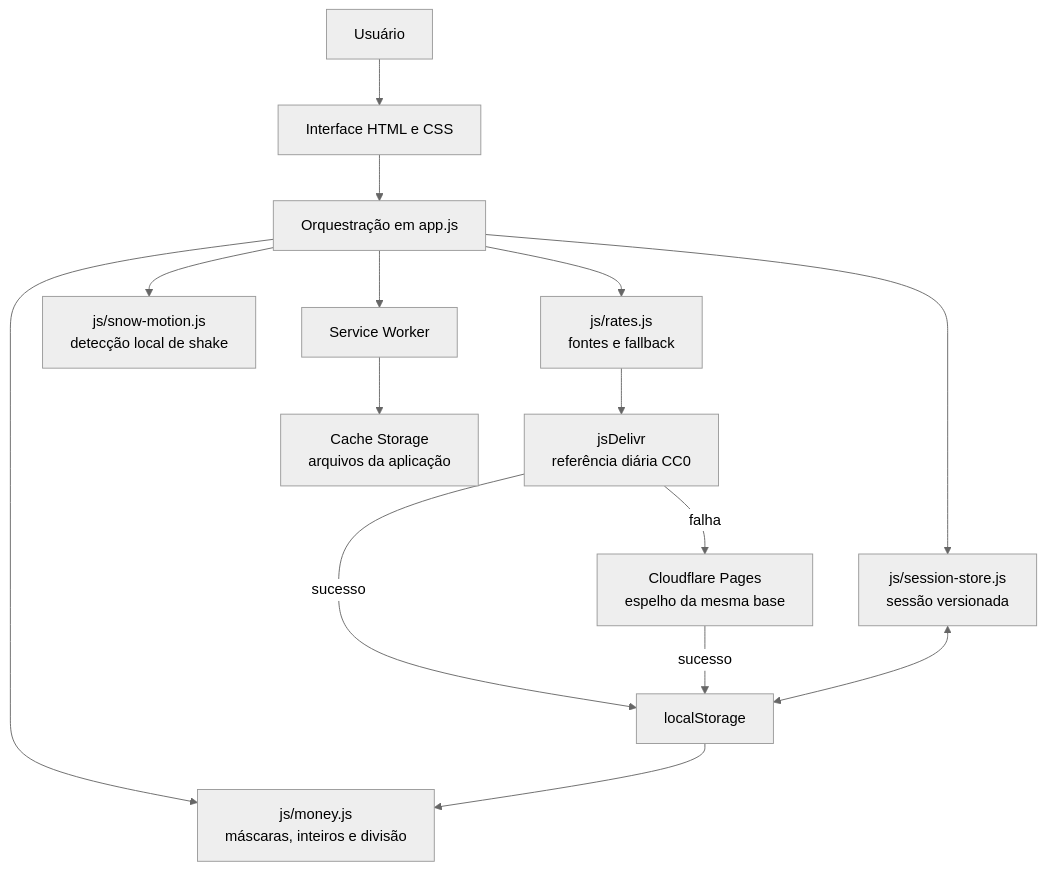
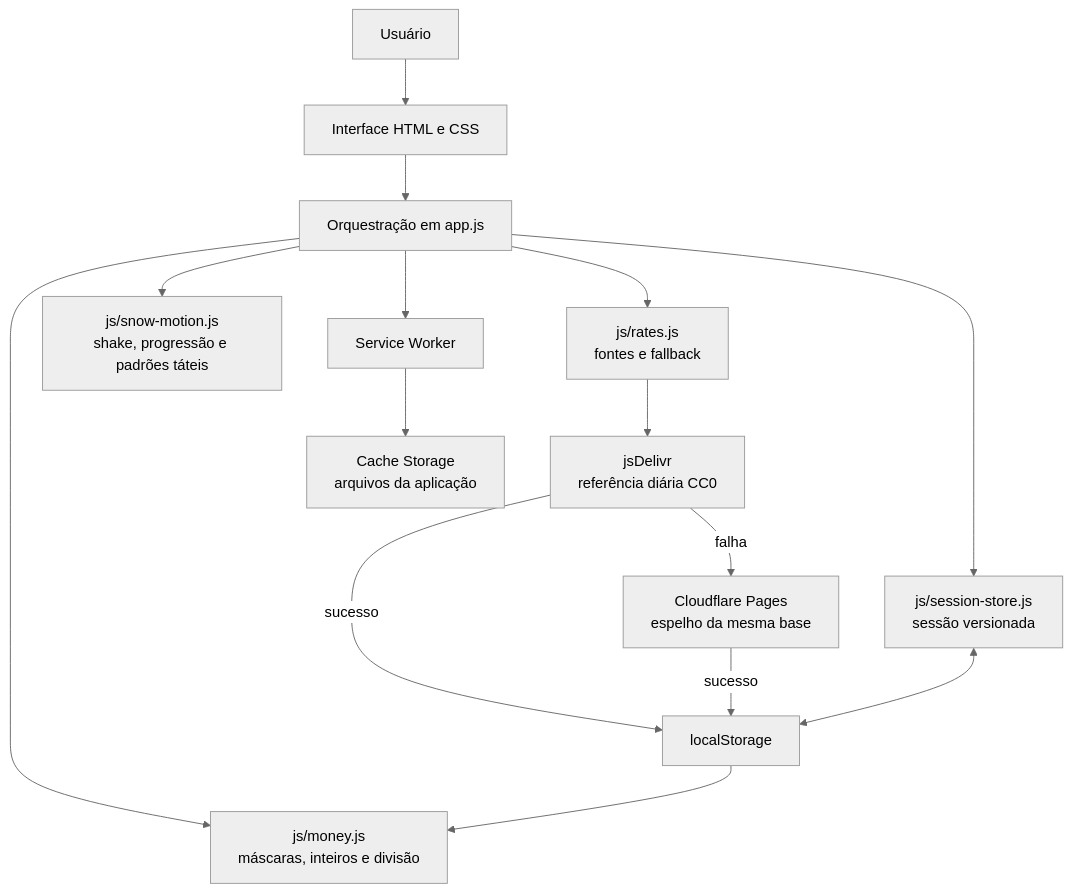
The diagram in README.md (rgjuni0r/conversor-clp-brl), drawn with Mermaid (neutral theme) before and after one commit. The commit also changed other lines of this file and 8 other files, not shown here.

````diff
--- a/README.md
+++ b/README.md
@@ -73,17 +77,17 @@
 ```mermaid
 flowchart TD
     U[Usuário] --> UI[Interface HTML e CSS]
     UI --> APP[Orquestração em app.js]
     APP --> MONEY[js/money.js<br/>máscaras, inteiros e divisão]
     APP --> SESSION[js/session-store.js<br/>sessão versionada]
     APP --> RATES[js/rates.js<br/>fontes e fallback]
-    APP --> MOTION[js/snow-motion.js<br/>detecção local de shake]
+    APP --> MOTION[js/snow-motion.js<br/>shake, progressão e padrões táteis]
     RATES --> PRIMARY[jsDelivr<br/>referência diária CC0]
     PRIMARY -->|sucesso| STORE[localStorage]
     PRIMARY -->|falha| FALLBACK[Cloudflare Pages<br/>espelho da mesma base]
     FALLBACK -->|sucesso| STORE
     SESSION <--> STORE
     STORE --> MONEY
     APP --> SW[Service Worker]
     SW --> CACHE[Cache Storage<br/>arquivos da aplicação]
 ```
````
